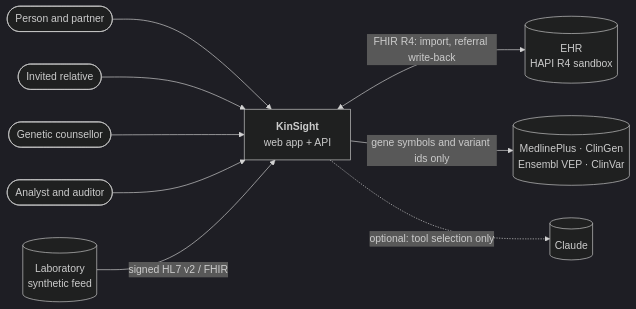
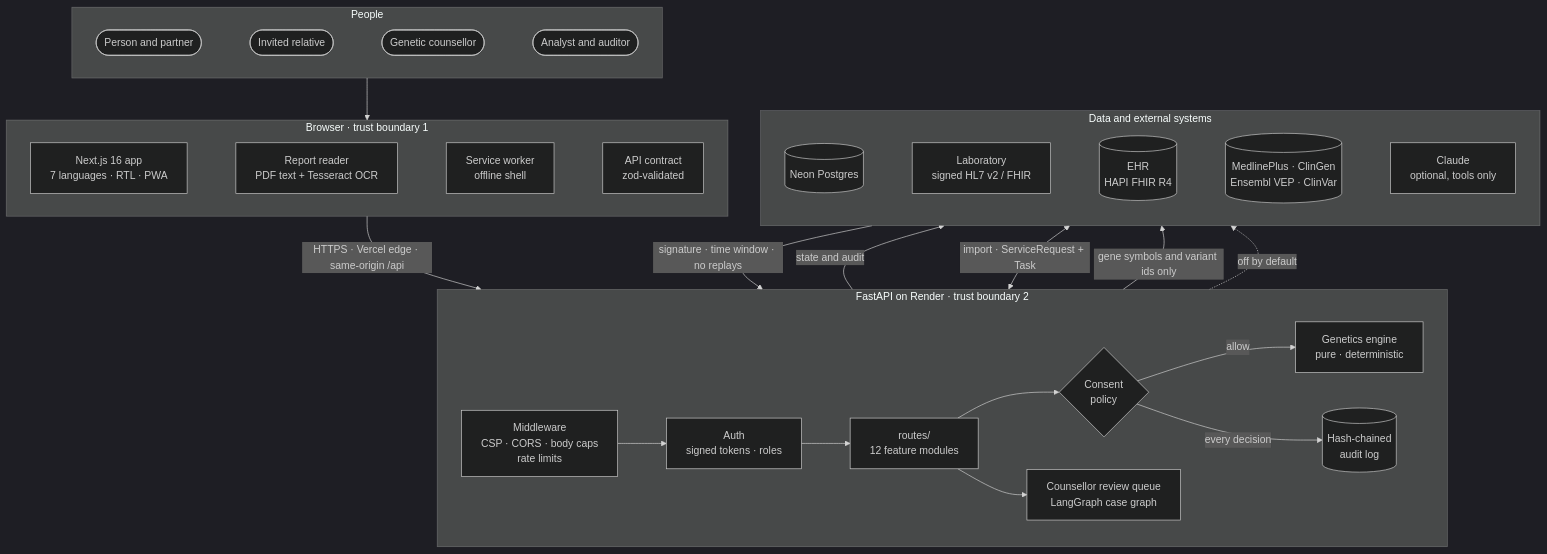
The first of 6 diagrams in README.md (loktrishal-05/kinsight), drawn with Mermaid (dark theme) before and after one commit. The commit also changed other lines of this file, not shown here.

````diff
--- a/README.md
+++ b/README.md
@@ -90,12 +90,33 @@
 ```mermaid
-flowchart LR
-    Person(["Person and partner"]) --> KS
-    Relative(["Invited relative"]) --> KS
-    Counsellor(["Genetic counsellor"]) --> KS
-    Analyst(["Analyst and auditor"]) --> KS
-    KS["<b>KinSight</b><br/>web app + API"]
-    KS <-->|"FHIR R4: import, referral write-back"| EHR[("EHR<br/>HAPI R4 sandbox")]
-    Lab[("Laboratory<br/>synthetic feed")] -->|"signed HL7 v2 / FHIR"| KS
-    KS -->|"gene symbols and variant ids only"| Ref[("MedlinePlus · ClinGen<br/>Ensembl VEP · ClinVar")]
-    KS -.->|"optional: tool selection only"| LLM[("Claude")]
+flowchart TB
+    subgraph Actors["People"]
+        direction LR
+        P(["Person and partner"]) ~~~ R(["Invited relative"]) ~~~ C(["Genetic counsellor"]) ~~~ A(["Analyst and auditor"])
+    end
+
+    subgraph Device["Browser · trust boundary 1"]
+        direction LR
+        UI["Next.js 16 app<br/>7 languages · RTL · PWA"] ~~~ OCR["Report reader<br/>PDF text + Tesseract OCR"] ~~~ SW["Service worker<br/>offline shell"] ~~~ ZOD["API contract<br/>zod-validated"]
+    end
+
+    subgraph Server["FastAPI on Render · trust boundary 2"]
+        direction LR
+        MW["Middleware<br/>CSP · CORS · body caps<br/>rate limits"] --> AUTH["Auth<br/>signed tokens · roles"] --> ROUTES["routes/<br/>12 feature modules"] --> POLICY{"Consent<br/>policy"}
+        POLICY -->|"allow"| ENGINE["Genetics engine<br/>pure · deterministic"]
+        POLICY -->|"every decision"| AUDIT[("Hash-chained<br/>audit log")]
+        ROUTES --> QUEUE["Counsellor review queue<br/>LangGraph case graph"]
+    end
+
+    subgraph External["Data and external systems"]
+        direction LR
+        DB[("Neon Postgres")] ~~~ LAB["Laboratory<br/>signed HL7 v2 / FHIR"] ~~~ EHR[("EHR<br/>HAPI FHIR R4")] ~~~ REF[("MedlinePlus · ClinGen<br/>Ensembl VEP · ClinVar")] ~~~ LLM["Claude<br/>optional, tools only"]
+    end
+
+    Actors --> Device
+    Device -->|"HTTPS · Vercel edge · same-origin /api"| Server
+    Server -->|"state and audit"| DB
+    LAB -->|"signature · time window · no replays"| Server
+    Server <-->|"import · ServiceRequest + Task"| EHR
+    Server -->|"gene symbols and variant ids only"| REF
+    Server -.->|"off by default"| LLM
 ```
````
